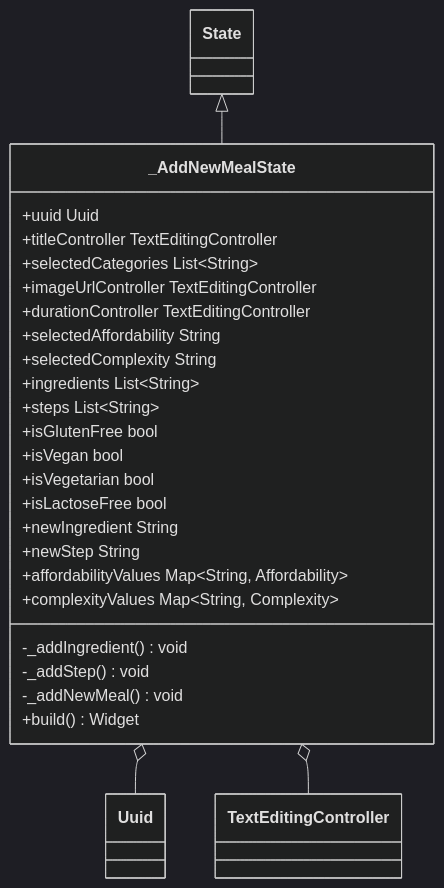
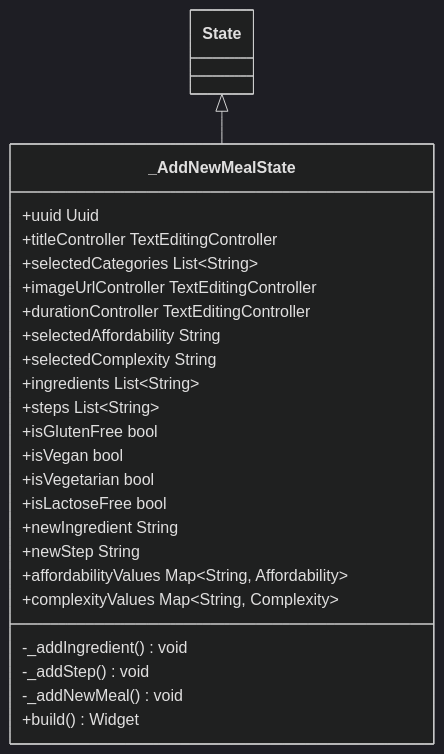
Before and after one commit to Dardnos/MealsApp: the fourth of 5 diagrams in README.md, drawn with Mermaid (dark theme).

Commit message:
Updated Class Diagram

````diff
--- a/README.md
+++ b/README.md
@@ -255,28 +255,26 @@
 ```mermaid
 classDiagram
 class _AddNewMealState
 _AddNewMealState : +uuid Uuid
-_AddNewMealState o-- Uuid
 _AddNewMealState : +titleController TextEditingController
-_AddNewMealState o-- TextEditingController
 _AddNewMealState : +selectedCategories List~String~
 _AddNewMealState : +imageUrlController TextEditingController
 _AddNewMealState : +durationController TextEditingController
 _AddNewMealState : +selectedAffordability String
 _AddNewMealState : +selectedComplexity String
 _AddNewMealState : +ingredients List~String~
 _AddNewMealState : +steps List~String~
 _AddNewMealState : +isGlutenFree bool
 _AddNewMealState : +isVegan bool
 _AddNewMealState : +isVegetarian bool
 _AddNewMealState : +isLactoseFree bool
 _AddNewMealState : +newIngredient String
 _AddNewMealState : +newStep String
 _AddNewMealState : +affordabilityValues Map~String, Affordability~
 _AddNewMealState : +complexityValues Map~String, Complexity~
 _AddNewMealState : -_addIngredient() void
 _AddNewMealState : -_addStep() void
 _AddNewMealState : -_addNewMeal() void
 _AddNewMealState : +build() Widget
 State <|-- _AddNewMealState
 ```
````
